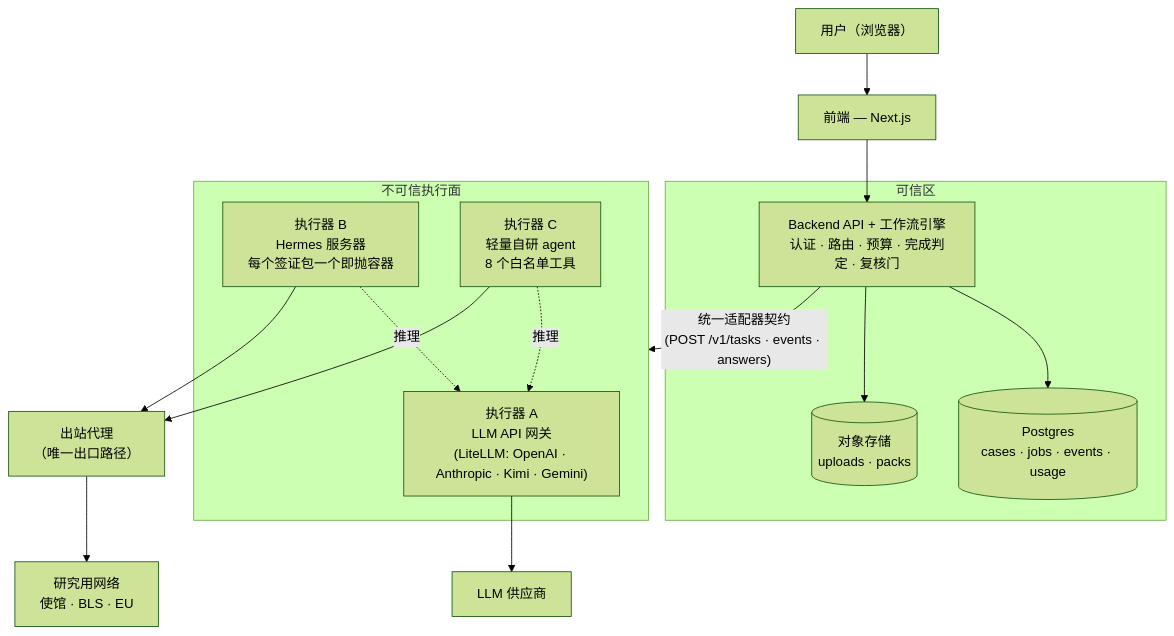
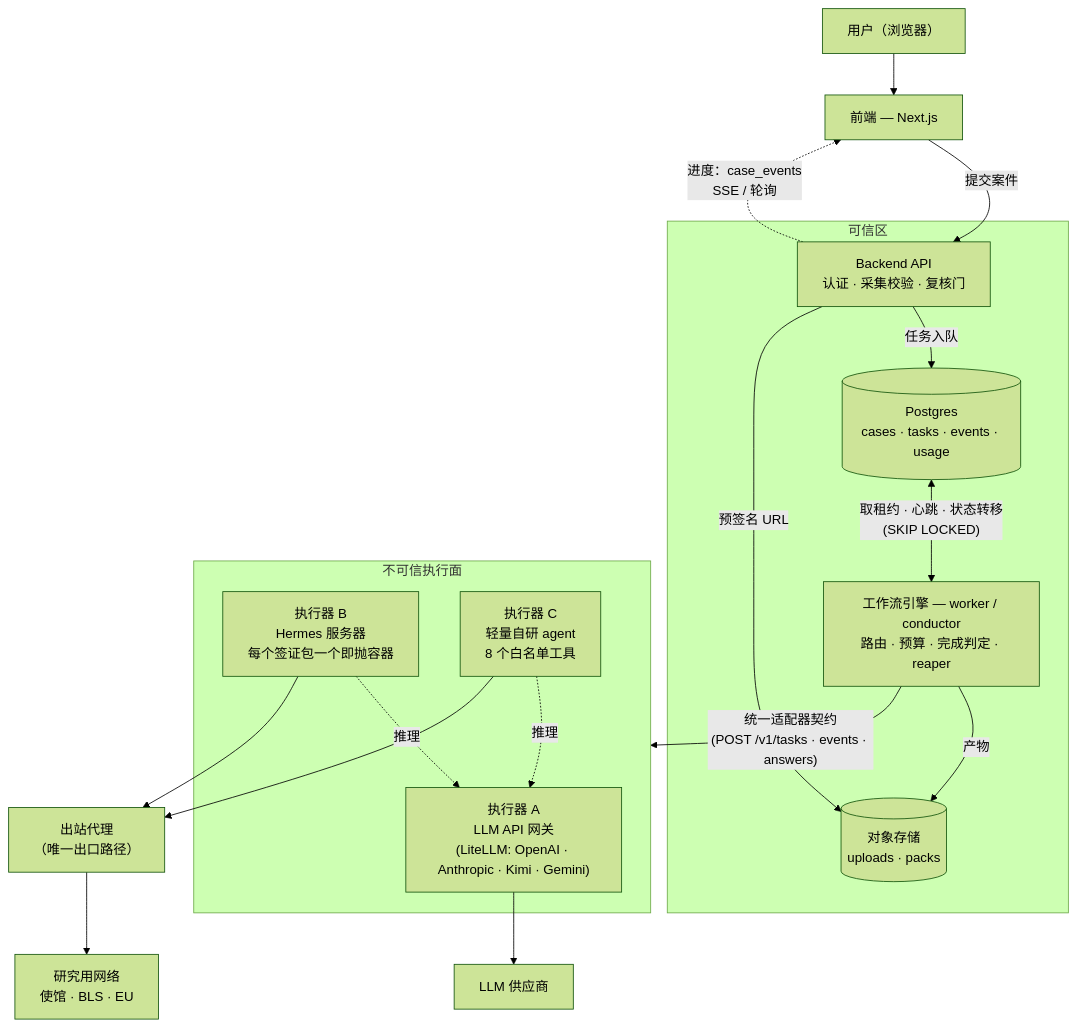
The first of 5 diagrams in doc/architecture-v0.4-zh.md (immurtal-official/visa-master-website), drawn with Mermaid (forest theme) before and after one commit. The commit also changed other lines of this file and 16 other files, not shown here.

````diff
--- a/doc/architecture-v0.4-zh.md
+++ b/doc/architecture-v0.4-zh.md
@@ -62,24 +62,28 @@
 ```mermaid
 flowchart TB
   U["用户（浏览器）"] --> FE["前端 — Next.js"]
-  FE --> BE
+  FE -->|"提交案件"| API
+  API -.->|"进度：case_events<br/>SSE / 轮询"| FE
   subgraph TZ["可信区"]
-    BE["Backend API + 工作流引擎<br/>认证 · 路由 · 预算 · 完成判定 · 复核门"]
-    DB[("Postgres<br/>cases · jobs · events · usage")]
+    API["Backend API<br/>认证 · 采集校验 · 复核门"]
+    DB[("Postgres<br/>cases · tasks · events · usage")]
     S3[("对象存储<br/>uploads · packs")]
-    BE --> DB
-    BE --> S3
+    WK["工作流引擎 — worker / conductor<br/>路由 · 预算 · 完成判定 · reaper"]
+    API -->|"任务入队"| DB
+    API -->|"预签名 URL"| S3
+    DB <-->|"取租约 · 心跳 · 状态转移<br/>(SKIP LOCKED)"| WK
+    WK -->|"产物"| S3
   end
-  BE -- "统一适配器契约<br/>(POST /v1/tasks · events · answers)" --> EP
+  WK -- "统一适配器契约<br/>(POST /v1/tasks · events · answers)" --> EP
   subgraph EP["不可信执行面"]
     GW["执行器 A<br/>LLM API 网关<br/>(LiteLLM: OpenAI · Anthropic · Kimi · Gemini)"]
     HM["执行器 B<br/>Hermes 服务器<br/>每个签证包一个即抛容器"]
     CA["执行器 C<br/>轻量自研 agent<br/>8 个白名单工具"]
   end
   HM -.->|推理| GW
   CA -.->|推理| GW
   HM --> PX["出站代理<br/>（唯一出口路径）"]
   CA --> PX
   PX --> WEB["研究用网络<br/>使馆 · BLS · EU"]
   GW --> LLM["LLM 供应商"]
 ```
````
